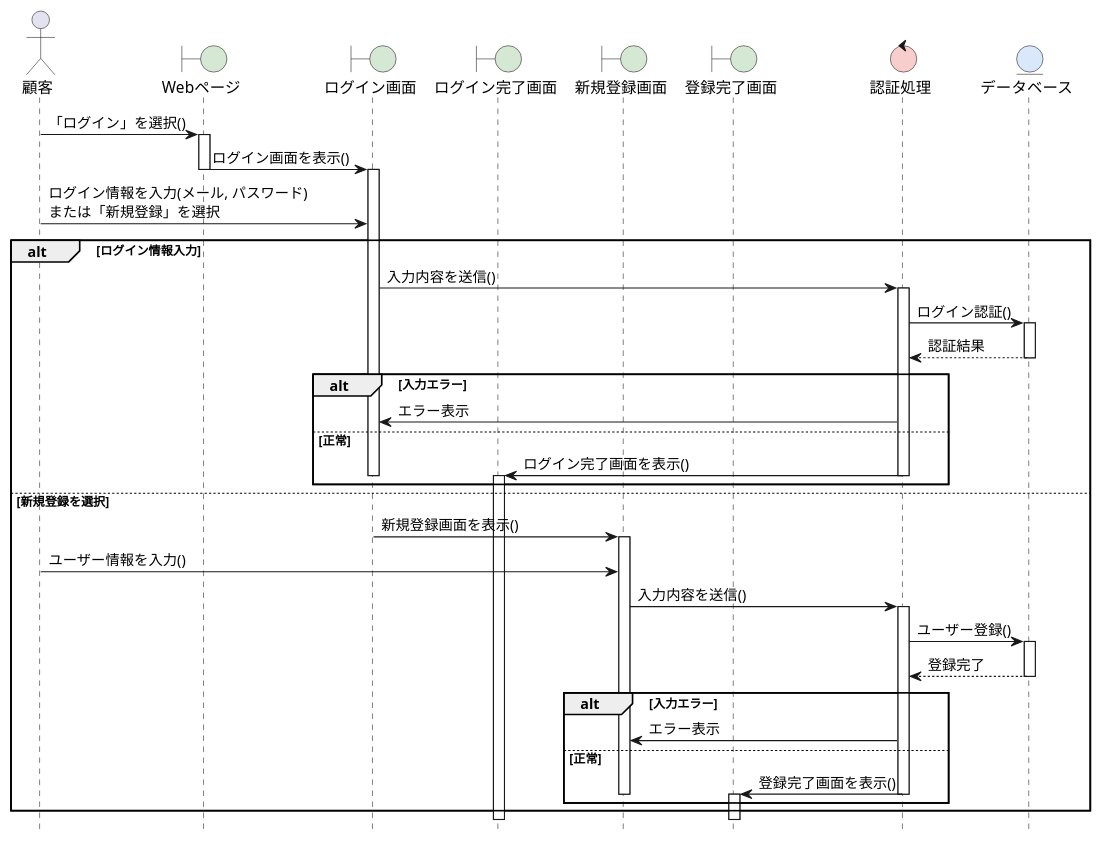
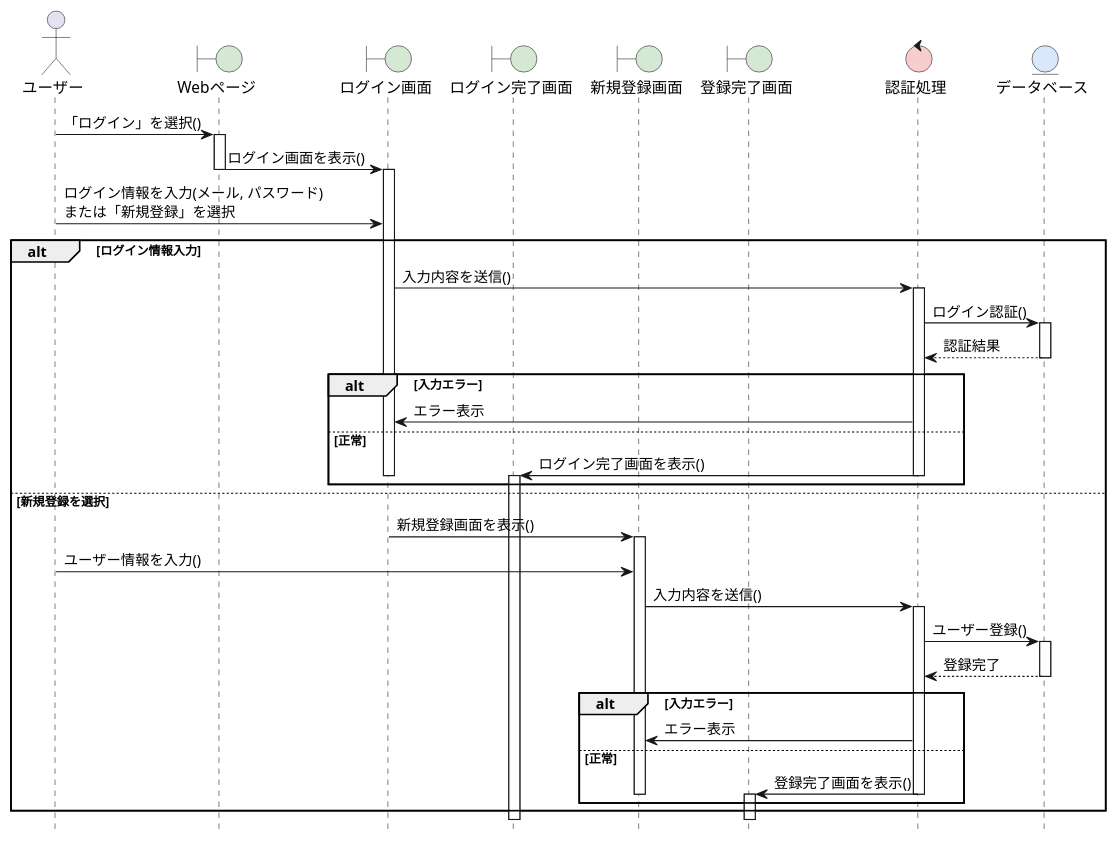
One commit to ghbuser12/ohara_uml changed the diagram in BBshop/sequence_01_login.pu. Above: the diagram before and after it, drawn with PlantUML. The commit also changed 1 other file, not shown here.

```diff
--- a/BBshop/sequence_01_login.pu
+++ b/BBshop/sequence_01_login.pu
@@ -1,61 +1,61 @@
 @startuml Web訪問者システム-ログインシーケンス図
 hide footbox
 skinparam boundaryBackgroundColor #D5E8D4
 skinparam controlBackgroundColor  #F8CECC
 skinparam entityBackgroundColor   #DAE8FC
 
-actor 顧客 as A
+actor ユーザー as A
 boundary Webページ as B1
 boundary ログイン画面 as B2
 boundary ログイン完了画面 as B3
 boundary 新規登録画面 as B4
 boundary 登録完了画面 as B5
 control 認証処理 as C1
 entity データベース as E
 
 ' 基本フロー
 A -> B1: 「ログイン」を選択()
 activate B1
 
 B1 -> B2: ログイン画面を表示()
 deactivate B1
 activate B2
 
 A -> B2: ログイン情報を入力(メール, パスワード)\nまたは「新規登録」を選択
 alt ログイン情報入力
   B2 -> C1: 入力内容を送信()
   activate C1
   C1 -> E: ログイン認証()
   activate E
   E --> C1: 認証結果
   deactivate E
   alt 入力エラー
     C1 -> B2: エラー表示
   else 正常
     C1 -> B3: ログイン完了画面を表示()
     deactivate C1
     deactivate B2
     activate B3
   end
 else 新規登録を選択
   B2 -> B4: 新規登録画面を表示()
   deactivate B2
   activate B4
   A -> B4: ユーザー情報を入力()
   B4 -> C1: 入力内容を送信()
   activate C1
   C1 -> E: ユーザー登録()
   activate E
   E --> C1: 登録完了
   deactivate E
   alt 入力エラー
     C1 -> B4: エラー表示
   else 正常
     C1 -> B5: 登録完了画面を表示()
     deactivate C1
     deactivate B4
     activate B5
   end
 end
 
 @enduml
```
